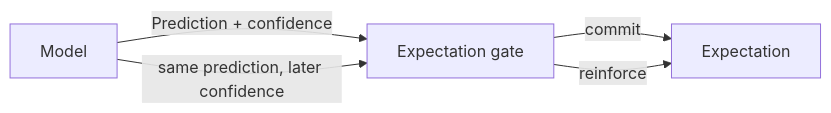
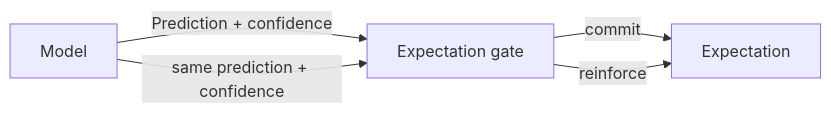
Before and after one commit to skasti/skyn-vaettr: the diagram in docs/expectations.md, drawn with Mermaid. The commit also changed other lines of this file, not shown here.

````diff
--- a/docs/expectations.md
+++ b/docs/expectations.md
@@ -43,7 +44,7 @@
 ```mermaid
 flowchart LR
     M[Model] -->|Prediction + confidence| G[Expectation gate]
     G -->|commit| E[Expectation]
-    M -->|same prediction, later confidence| G
+    M -->|same prediction + confidence| G
     G -->|reinforce| E
 ```
````
